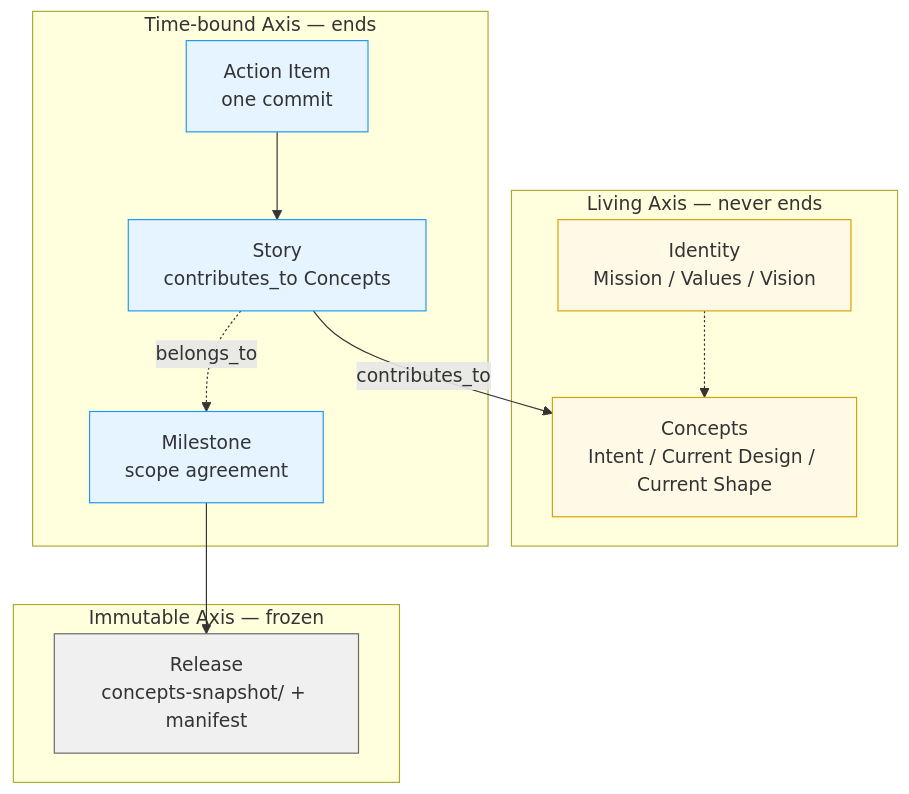
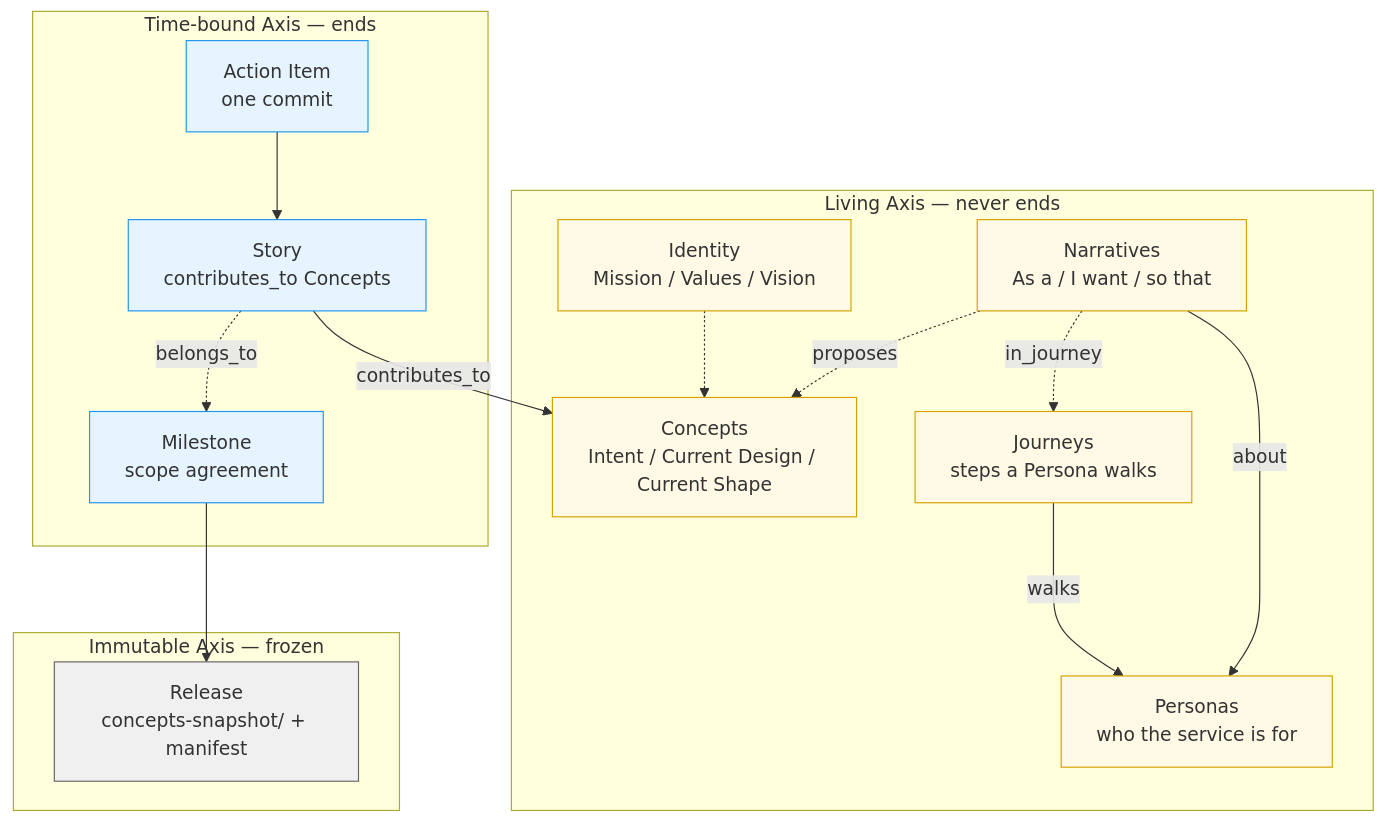
One commit to noory-code/noory-ai changed the first of 2 diagrams in solera/docs/work-item-structure.md. Above: the diagram before and after it, drawn with Mermaid. The commit also changed other lines of this file and 2 other files, not shown here.

First line of the commit message:
docs(solera): expand Living axis with Persona/Journey/Narrative

````diff
--- a/solera/docs/work-item-structure.md
+++ b/solera/docs/work-item-structure.md
@@ -15,30 +15,37 @@
 ```mermaid
 flowchart TD
     subgraph Living["Living Axis — never ends"]
         ID[Identity<br/>Mission / Values / Vision]
+        PE[Personas<br/>who the service is for]
+        JO[Journeys<br/>steps a Persona walks]
+        NA[Narratives<br/>As a / I want / so that]
         CO[Concepts<br/>Intent / Current Design / Current Shape]
     end
 
     subgraph TimeBound["Time-bound Axis — ends"]
         MS[Milestone<br/>scope agreement]
         ST[Story<br/>contributes_to Concepts]
         AI[Action Item<br/>one commit]
     end
 
     subgraph Immutable["Immutable Axis — frozen"]
         RE[Release<br/>concepts-snapshot/ + manifest]
     end
 
     ID -.-> CO
+    JO -->|walks| PE
+    NA -->|about| PE
+    NA -.->|in_journey| JO
+    NA -.->|proposes| CO
     ST -->|contributes_to| CO
     ST -.->|belongs_to| MS
     AI --> ST
     MS --> RE
 
     classDef living fill:#fff9e6,stroke:#d4a300
     classDef timebound fill:#e6f4ff,stroke:#2196F3
     classDef immutable fill:#f0f0f0,stroke:#666
-    class ID,CO living
+    class ID,PE,JO,NA,CO living
     class MS,ST,AI timebound
     class RE immutable
 ```
````
